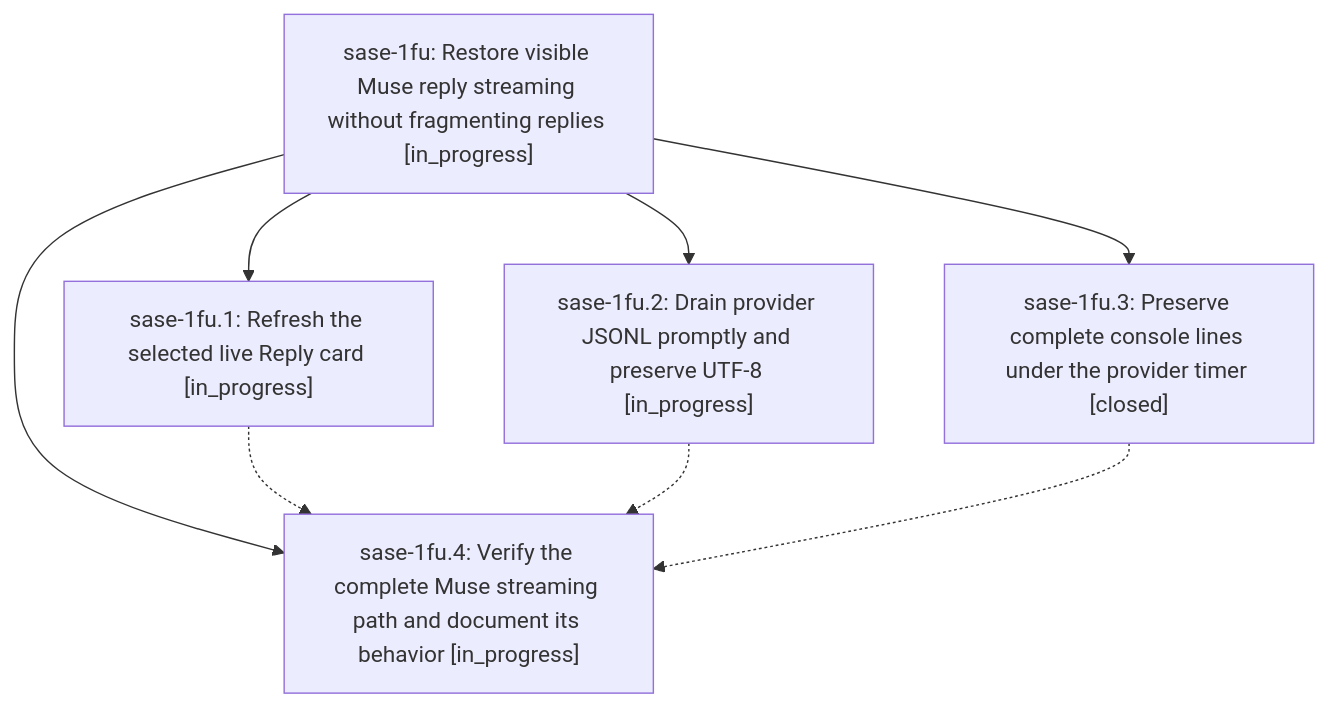
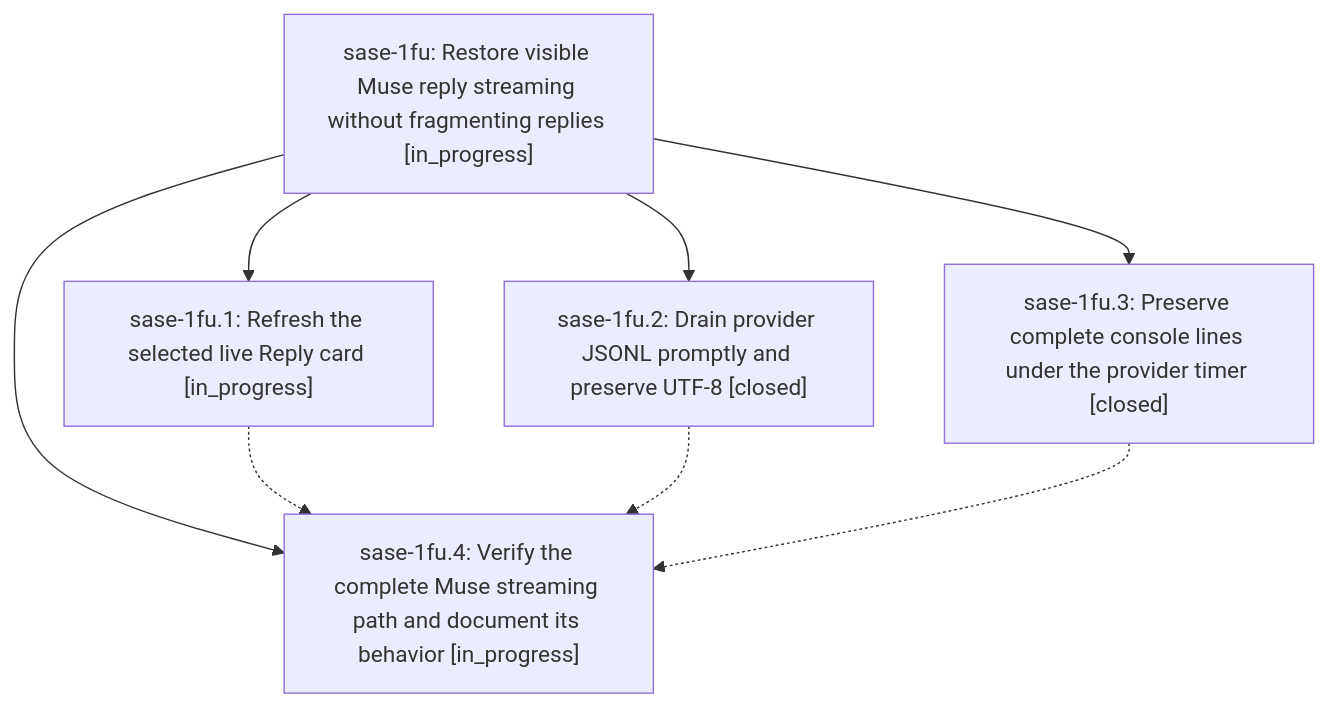
Before and after one commit to sase-org/sase--beads: the diagram in pages/sase-1fu/README.md, drawn with Mermaid. The commit also changed other lines of this file and 4 other files, not shown here.

````diff
--- a/pages/sase-1fu/README.md
+++ b/pages/sase-1fu/README.md
@@ -25,15 +25,15 @@
 ```mermaid
 flowchart TD
     n0["sase-1fu: Restore visible Muse reply streaming without fragmenting replies [in_progress]"]
     n1["sase-1fu.1: Refresh the selected live Reply card [in_progress]"]
-    n2["sase-1fu.2: Drain provider JSONL promptly and preserve UTF-8 [in_progress]"]
+    n2["sase-1fu.2: Drain provider JSONL promptly and preserve UTF-8 [closed]"]
     n3["sase-1fu.3: Preserve complete console lines under the provider timer [closed]"]
     n4["sase-1fu.4: Verify the complete Muse streaming path and document its behavior [in_progress]"]
     n0 --> n1
     n0 --> n2
     n0 --> n3
     n0 --> n4
     n1 -.-> n4
     n2 -.-> n4
     n3 -.-> n4
 ```
````
